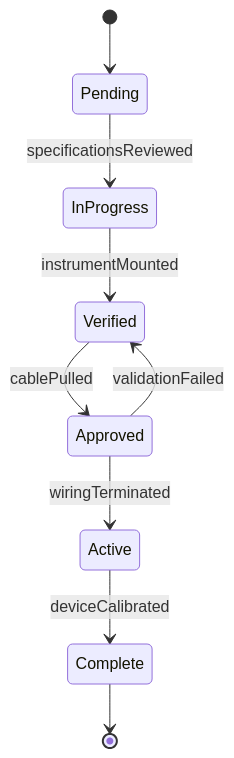
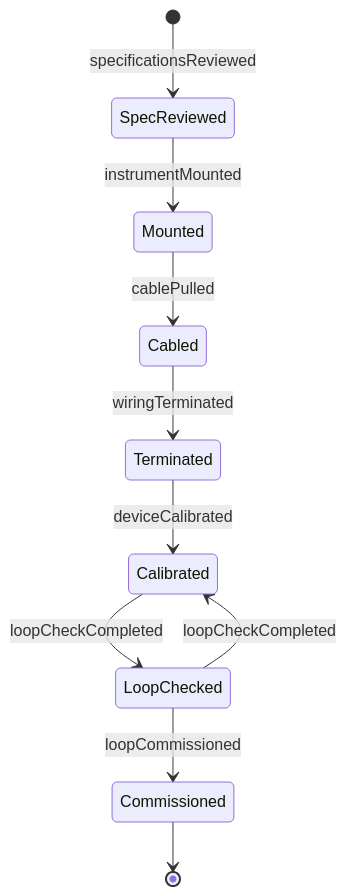
One commit to dot-org-ai/tasks.org.ai changed the second of 4 diagrams in HandlingAndMovingObjects/InstallCommercialOrProductionEquipment/InstallInstrumentationElectronicEquipmentSystems.mdx. Above: the diagram before and after it, drawn with Mermaid. The commit also changed other lines of this file and 515 other files, not shown here.

````diff
--- a/HandlingAndMovingObjects/InstallCommercialOrProductionEquipment/InstallInstrumentationElectronicEquipmentSystems.mdx
+++ b/HandlingAndMovingObjects/InstallCommercialOrProductionEquipment/InstallInstrumentationElectronicEquipmentSystems.mdx
@@ -100,11 +101,12 @@
 ```mermaid
 stateDiagram-v2
-    [*] --> Pending
-    Pending --> InProgress : specificationsReviewed
-    InProgress --> Verified : instrumentMounted
-    Verified --> Approved : cablePulled
-    Approved --> Active : wiringTerminated
-    Active --> Complete : deviceCalibrated
-    Approved --> Verified : validationFailed
-    Complete --> [*]
+    [*] --> SpecReviewed : specificationsReviewed
+    SpecReviewed --> Mounted : instrumentMounted
+    Mounted --> Cabled : cablePulled
+    Cabled --> Terminated : wiringTerminated
+    Terminated --> Calibrated : deviceCalibrated
+    Calibrated --> LoopChecked : loopCheckCompleted
+    LoopChecked --> Calibrated : loopCheckCompleted
+    LoopChecked --> Commissioned : loopCommissioned
+    Commissioned --> [*]
 ```
````
